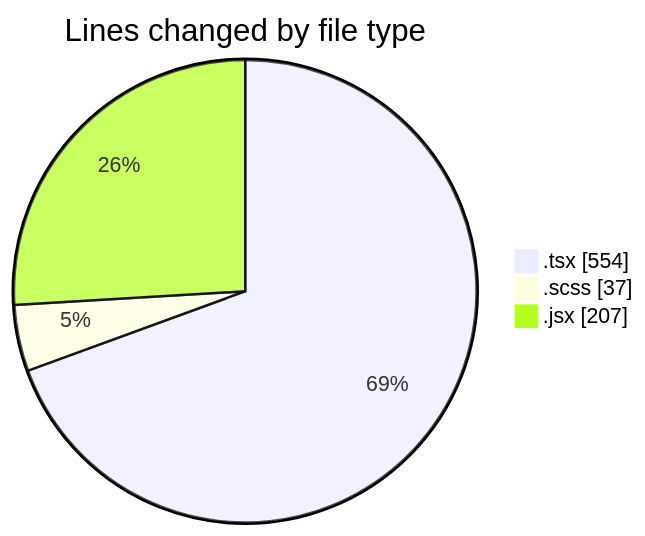
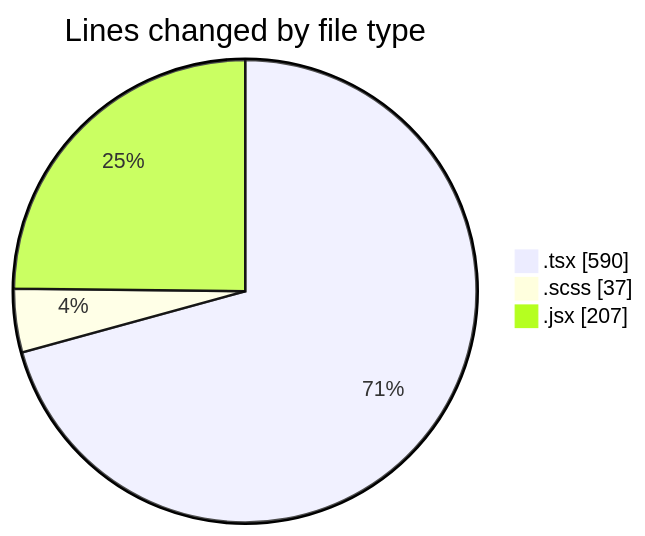
The first of 2 diagrams in 2026-07-23/cda/README.md (momahboobian/code-tracking), drawn with Mermaid before and after one commit. The commit also changed other lines of this file and 1 other file, not shown here.

````diff
--- a/2026-07-23/cda/README.md
+++ b/2026-07-23/cda/README.md
@@ -25,7 +25,7 @@
 ```mermaid
 pie showData
 title Lines changed by file type
-".tsx" : 554
+".tsx" : 590
 ".scss" : 37
 ".jsx" : 207
 ```
````
